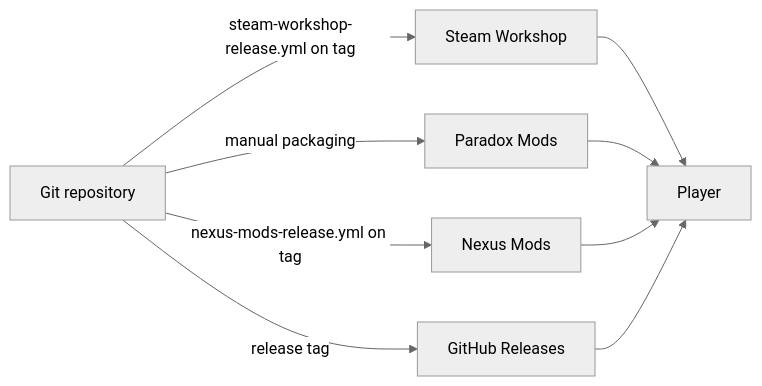
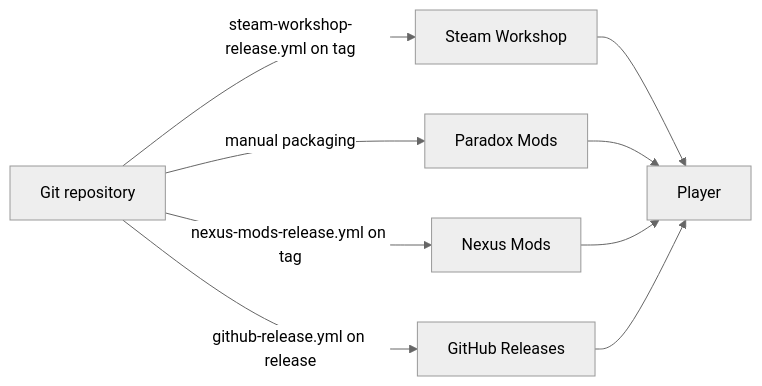
The diagram in docs/integrations.md (hmlendea/stellaris-ui-deposit-blockers), drawn with Mermaid (neutral theme) before and after one commit. The commit also changed other lines of this file and 16 other files, not shown here.

Commit message:
ci: Created the GitHub Release workflow

````diff
--- a/docs/integrations.md
+++ b/docs/integrations.md
@@ -79,11 +79,11 @@
 ```mermaid
 flowchart LR
     Repo[Git repository] -->|steam-workshop-release.yml on tag| Steam[Steam Workshop]
     Repo -->|manual packaging| Paradox[Paradox Mods]
     Repo -->|nexus-mods-release.yml on tag| Nexus[Nexus Mods]
-    Repo -->|release tag| GitHub[GitHub Releases]
+    Repo -->|github-release.yml on release| GitHub[GitHub Releases]
     Steam --> Player
     Paradox --> Player
     Nexus --> Player
     GitHub --> Player
 ```
````
